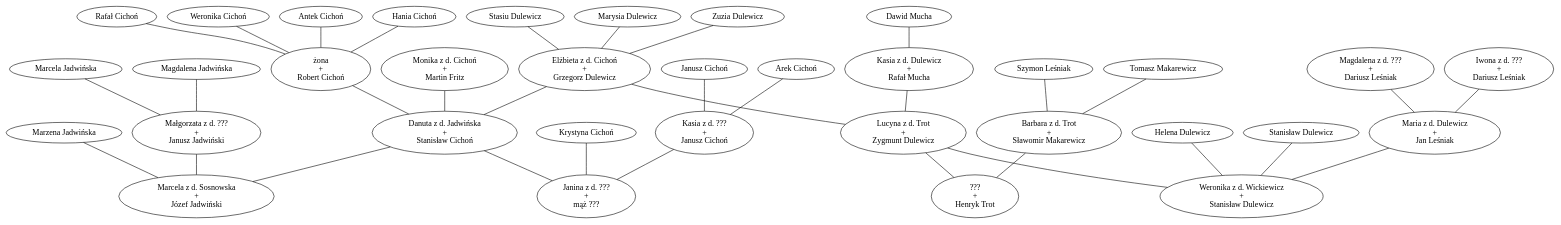
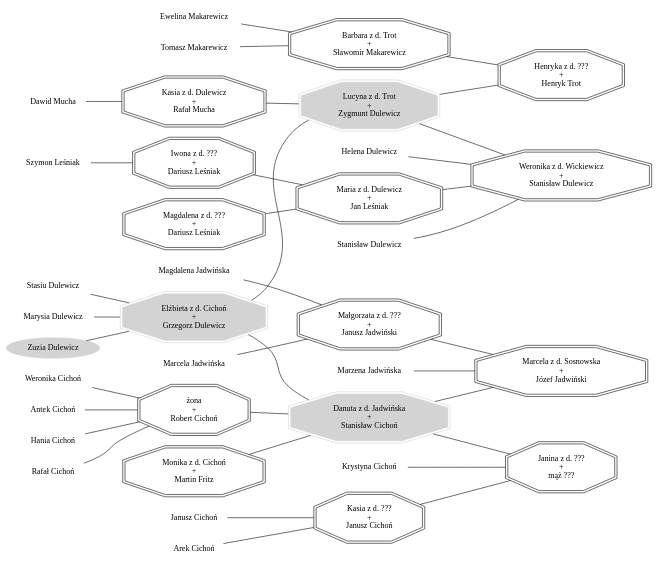
Before and after one commit to grregd/genealogia: the diagram in family.dot, drawn with Graphviz.

Commit message:
Format update

```diff
--- a/family.dot
+++ b/family.dot
@@ -1,156 +1,175 @@
 graph {
 
+    rankdir = LR;
+    node [shape=plaintext]
+    edge []
+
+subgraph{
+
+    bm [label="Barbara z d. Trot \n+\n Sławomir Makarewicz" shape=doubleoctagon]
+
+    bm_1 [label="Ewelina Makarewicz"]
+    bm_2 [label="Tomasz Makarewicz"]
+
+    bm_1 -- bm
+    bm_2 -- bm
+}
+
+    
+
 subgraph {
-    eg [label="Elżbieta z d. Cichoń \n+\n Grzegorz Dulewicz"]
+    eg [label="Elżbieta z d. Cichoń \n+\n Grzegorz Dulewicz" shape=doubleoctagon style=filled color=lightgrey]
 
     md [label="Marysia Dulewicz"]
-    zd [label="Zuzia Dulewicz"]
+    zd [label="Zuzia Dulewicz" style=filled color=lightgrey shape=oval]
     sd [label="Stasiu Dulewicz"]
 
     md -- eg;
     zd -- eg;
     sd -- eg;
 }
 
 subgraph {
 
-   ds [label="Danuta z d. Jadwińska \n+\n Stanisław Cichoń"]
+   ds [label="Danuta z d. Jadwińska \n+\n Stanisław Cichoń" shape=doubleoctagon style=filled color=lightgrey]
 
     żr -- ds;
     eg -- ds;
     mm -- ds;  
 
 }
 
 subgraph {
 
-    lz [label="Lucyna z d. Trot \n+\n Zygmunt Dulewicz"]
+    lz [label="Lucyna z d. Trot \n+\n Zygmunt Dulewicz" shape=doubleoctagon style=filled color=lightgrey]
 
     kr -- lz;
     eg -- lz;
 }
 subgraph {
 
-   żr [label="żona \n+\n Robert Cichoń"]
+   żr [label="żona \n+\n Robert Cichoń" shape=doubleoctagon]
 
    rac [label="Rafał Cichoń"]
    wc [label="Weronika Cichoń"]
    ac [label="Antek Cichoń"]
    hc [label="Hania Cichoń"]
 
     rac -- żr
     wc -- żr
     ac -- żr
     hc -- żr
 }
+
+
 subgraph {   
    
-  mm [label="Monika z d. Cichoń \n+\n Martin Fritz"]
+  mm [label="Monika z d. Cichoń \n+\n Martin Fritz" shape=doubleoctagon]
 }
+
+
 subgraph{
-   kr [label="Kasia z d. Dulewicz \n+ \n Rafał Mucha"]
+   kr [label="Kasia z d. Dulewicz \n+ \n Rafał Mucha" shape=doubleoctagon]
 
    dm [label="Dawid Mucha"]
 
    dm -- kr 
 }
 
 subgraph {
-    ht [label="??? \n+\n Henryk Trot"]
+    ht [label="Henryka z d. ??? \n+\n Henryk Trot" shape=doubleoctagon]
 
     lz -- ht
     bm -- ht
 }
 
-subgraph{
-
-    bm [label="Barbara z d. Trot \n+\n Sławomir Makarewicz"]
-
-    1 [label="Ewelina Makarewicz"]
-    2 [label="Tomasz Makarewicz"]
-
-    1 -- bm
-    2 -- bm
-}
-
 
 subgraph{
 
-   ws [label="Weronika z d. Wickiewicz \n+\n Stanisław Dulewicz"]
+   ws [label="Weronika z d. Wickiewicz \n+\n Stanisław Dulewicz" shape=doubleoctagon]
 
    hd [label="Helena Dulewicz"]
    kad [label="Stanisław Dulewicz"]
    
     hd -- ws
     kad -- ws 
     lz -- ws
 }
 
 
 subgraph{
 
-   mdjl [label="Maria z d. Dulewicz \n+\n Jan Leśniak"]
+    mja [label="Małgorzata z d. ??? \n+\n Janusz Jadwiński" shape=doubleoctagon]
+
+    mgj [label="Magdalena Jadwińska"]
+    mrj [label="Marcela Jadwińska"]
+   
+    mrj -- mja
+    mgj -- mja
+}
+
+
+
+subgraph{
+
+   mdjl [label="Maria z d. Dulewicz \n+\n Jan Leśniak" shape=doubleoctagon]
 
    mdjl -- ws
    mdl -- mdjl
    idl -- mdjl
 }
 
-subgraph{
-
-    mdl [label="Magdalena z d. ??? \n+\n Dariusz Leśniak"]
-}
 
 subgraph{
 
-    idl [label="Iwona z d. ??? \n+\n Dariusz Leśniak"]
+    mdl [label="Magdalena z d. ??? \n+\n Dariusz Leśniak" shape=doubleoctagon]
+}
 
-    1 [label="Szymon Leśniak"]
-}
 
 subgraph{
 
-   mj [label="Marcela z d. Sosnowska \n+\n Józef Jadwiński"]
+    idl [label="Iwona z d. ??? \n+\n Dariusz Leśniak" shape=doubleoctagon]
+
+    idl_1 [label="Szymon Leśniak"]
+    idl_1 -- idl
+}
+
+
+subgraph{
+
+   mj [label="Marcela z d. Sosnowska \n+\n Józef Jadwiński" shape=doubleoctagon]
 
   
    maj [label="Marzena Jadwińska"]
 
-    mja -- mj
     ds -- mj
     maj -- mj
+    mja -- mj
 }
+
 
 subgraph{
    
-   jm [label="Janina z d. ??? \n+\n mąż ???"]
+   jm [label="Janina z d. ??? \n+\n mąż ???" shape=doubleoctagon]
 
    kc [label="Krystyna Cichoń"]
     
     ds -- jm
     kc -- jm
     jk -- jm 
 }
 
+
 subgraph{
 
-   jk [label="Kasia z d. ??? \n+\n Janusz Cichoń"]
+   jk [label="Kasia z d. ??? \n+\n Janusz Cichoń" shape=doubleoctagon]
 
    jaj [label="Janusz Cichoń"]
    arc [label="Arek Cichoń"]
 
     jaj -- jk
     arc -- jk
 }
 
-subgraph{
-
-   mja [label="Małgorzata z d. ??? \n+\n Janusz Jadwiński"]
-
-  mrj[label="Marcela Jadwińska"]
-  mgj [label="Magdalena Jadwińska"]
-   
-   mrj -- mja
-   mgj -- mja
-}
 
 }
```
